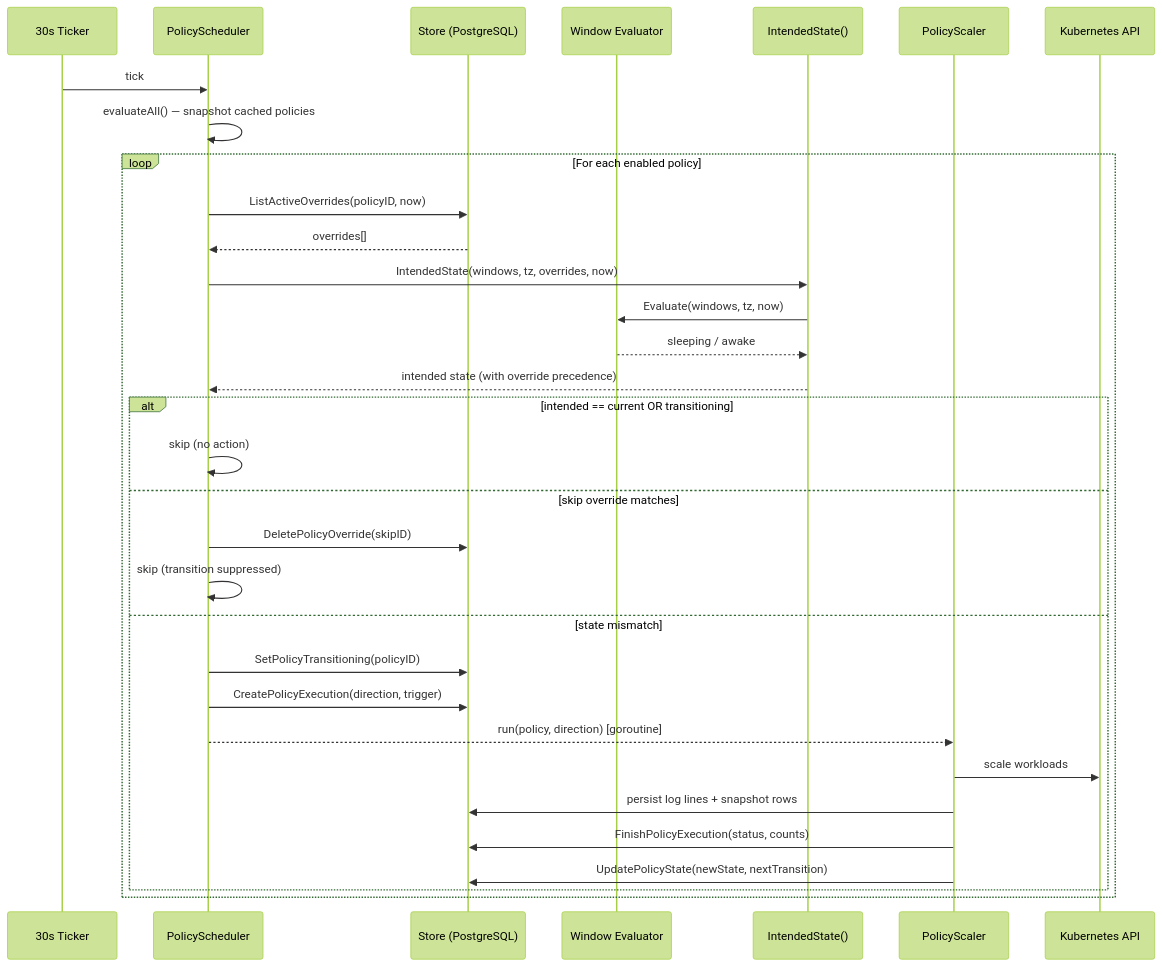
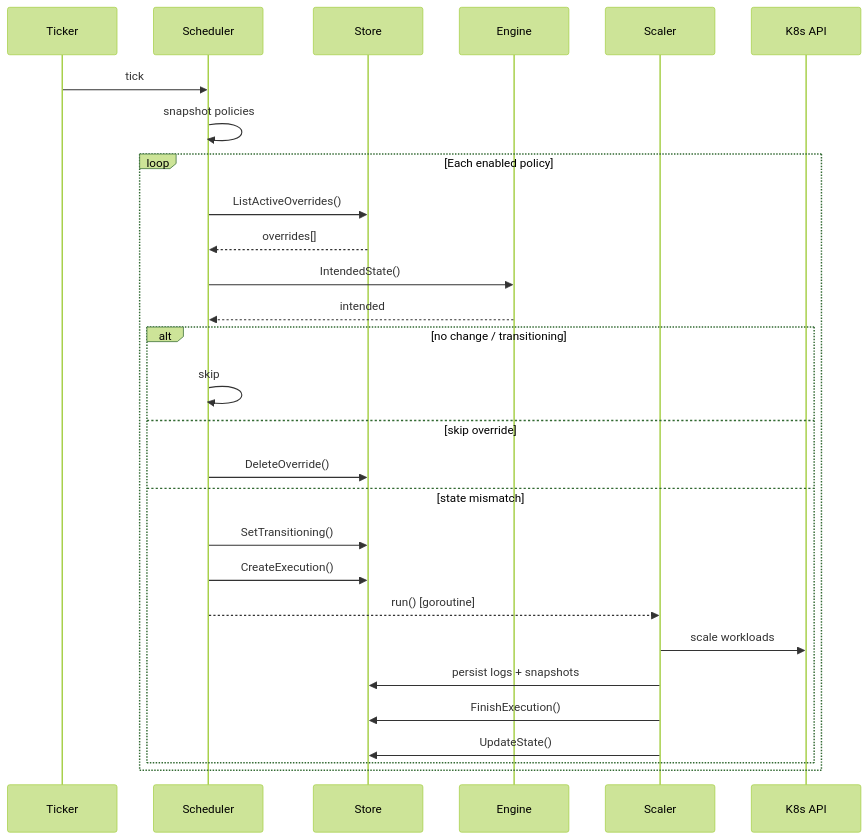
One commit to MacXsimilian/kube-phoenix changed the third of 3 diagrams in docs/WINDOW_NATIVE_SCHEDULING.md. Above: the diagram before and after it, drawn with Mermaid (forest theme). The commit also changed other lines of this file and 1 other file, not shown here.

Commit message:
docs: shorten Mermaid diagram labels to prevent text overflow
Tighten node labels in the architecture flowchart, ER diagram column
comments in both ARCHITECTURE.md and WINDOW_NATIVE_SCHEDULING.md,
decision-node text in the evaluator flowchart, and participant names
in the scheduler sequence diagram. Long inline enum values replaced
with "enum" references; verbose descriptions shortened or split with
line breaks for better rendering on GitHub.

````diff
--- a/docs/WINDOW_NATIVE_SCHEDULING.md
+++ b/docs/WINDOW_NATIVE_SCHEDULING.md
@@ -294,37 +294,33 @@
 ```mermaid
 sequenceDiagram
-    participant Ticker as 30s Ticker
-    participant PS as PolicyScheduler
-    participant DB as Store (PostgreSQL)
-    participant Eval as Window Evaluator
-    participant Engine as IntendedState()
-    participant Scaler as PolicyScaler
-    participant K8s as Kubernetes API
+    participant T as Ticker
+    participant PS as Scheduler
+    participant DB as Store
+    participant E as Engine
+    participant S as Scaler
+    participant K as K8s API
 
-    Ticker->>PS: tick
-    PS->>PS: evaluateAll() — snapshot cached policies
+    T->>PS: tick
+    PS->>PS: snapshot policies
 
-    loop For each enabled policy
-        PS->>DB: ListActiveOverrides(policyID, now)
+    loop Each enabled policy
+        PS->>DB: ListActiveOverrides()
         DB-->>PS: overrides[]
-        PS->>Engine: IntendedState(windows, tz, overrides, now)
-        Engine->>Eval: Evaluate(windows, tz, now)
-        Eval-->>Engine: sleeping / awake
-        Engine-->>PS: intended state (with override precedence)
+        PS->>E: IntendedState()
+        E-->>PS: intended
 
-        alt intended == current OR transitioning
-            PS->>PS: skip (no action)
-        else skip override matches
-            PS->>DB: DeletePolicyOverride(skipID)
-            PS->>PS: skip (transition suppressed)
+        alt no change / transitioning
+            PS->>PS: skip
+        else skip override
+            PS->>DB: DeleteOverride()
         else state mismatch
-            PS->>DB: SetPolicyTransitioning(policyID)
-            PS->>DB: CreatePolicyExecution(direction, trigger)
-            PS-->>Scaler: run(policy, direction) [goroutine]
-            Scaler->>K8s: scale workloads
-            Scaler->>DB: persist log lines + snapshot rows
-            Scaler->>DB: FinishPolicyExecution(status, counts)
-            Scaler->>DB: UpdatePolicyState(newState, nextTransition)
+            PS->>DB: SetTransitioning()
+            PS->>DB: CreateExecution()
+            PS-->>S: run() [goroutine]
+            S->>K: scale workloads
+            S->>DB: persist logs + snapshots
+            S->>DB: FinishExecution()
+            S->>DB: UpdateState()
         end
     end
 ```
````
